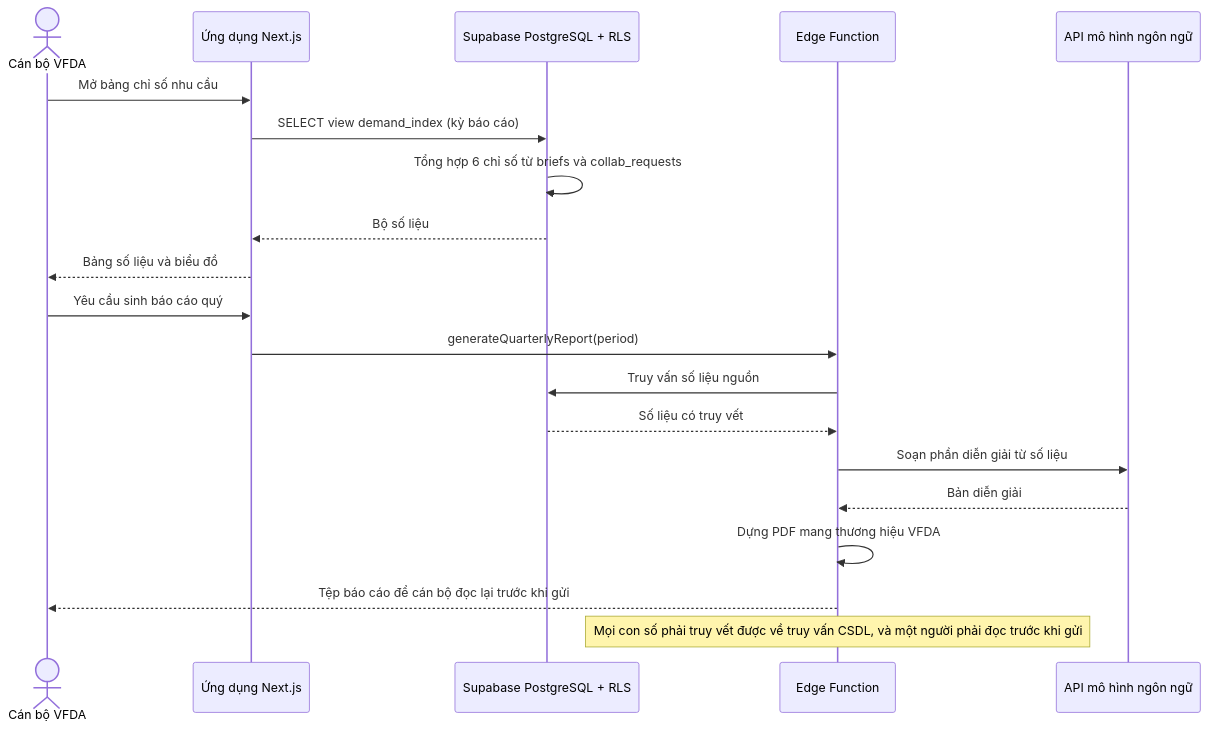
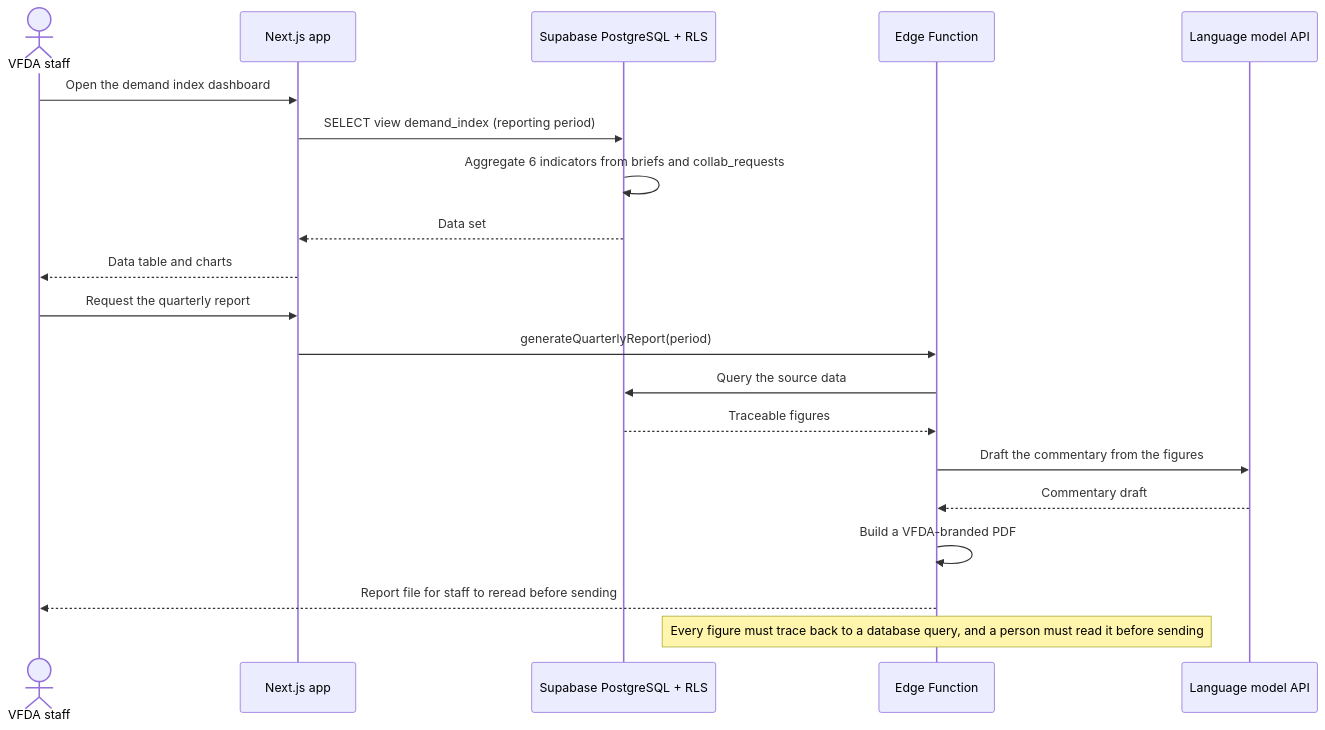
Diagram 12 of 12 in docs/architecture/sequence-diagrams.md (namnt2005/CINEMATCH-DBIZ3.TeamC), drawn with Mermaid before and after one commit. The commit also changed other lines of this file and 92 other files, not shown here.

````diff
--- a/docs/architecture/sequence-diagrams.md
+++ b/docs/architecture/sequence-diagrams.md
@@ -363,23 +364,23 @@
 ```mermaid
 sequenceDiagram
-    actor VF as Cán bộ VFDA
-    participant FE as Ứng dụng Next.js
+    actor VF as VFDA staff
+    participant FE as Next.js app
     participant DB as Supabase PostgreSQL + RLS
     participant EF as Edge Function
-    participant AI as API mô hình ngôn ngữ
+    participant AI as Language model API
 
-    VF->>FE: Mở bảng chỉ số nhu cầu
-    FE->>DB: SELECT view demand_index (kỳ báo cáo)
-    DB->>DB: Tổng hợp 6 chỉ số từ briefs và collab_requests
-    DB-->>FE: Bộ số liệu
-    FE-->>VF: Bảng số liệu và biểu đồ
-    VF->>FE: Yêu cầu sinh báo cáo quý
+    VF->>FE: Open the demand index dashboard
+    FE->>DB: SELECT view demand_index (reporting period)
+    DB->>DB: Aggregate 6 indicators from briefs and collab_requests
+    DB-->>FE: Data set
+    FE-->>VF: Data table and charts
+    VF->>FE: Request the quarterly report
     FE->>EF: generateQuarterlyReport(period)
-    EF->>DB: Truy vấn số liệu nguồn
-    DB-->>EF: Số liệu có truy vết
-    EF->>AI: Soạn phần diễn giải từ số liệu
-    AI-->>EF: Bản diễn giải
-    EF->>EF: Dựng PDF mang thương hiệu VFDA
-    EF-->>VF: Tệp báo cáo để cán bộ đọc lại trước khi gửi
-    Note over EF: Mọi con số phải truy vết được về truy vấn CSDL, và một người phải đọc trước khi gửi
+    EF->>DB: Query the source data
+    DB-->>EF: Traceable figures
+    EF->>AI: Draft the commentary from the figures
+    AI-->>EF: Commentary draft
+    EF->>EF: Build a VFDA-branded PDF
+    EF-->>VF: Report file for staff to reread before sending
+    Note over EF: Every figure must trace back to a database query, and a person must read it before sending
 ```
````
